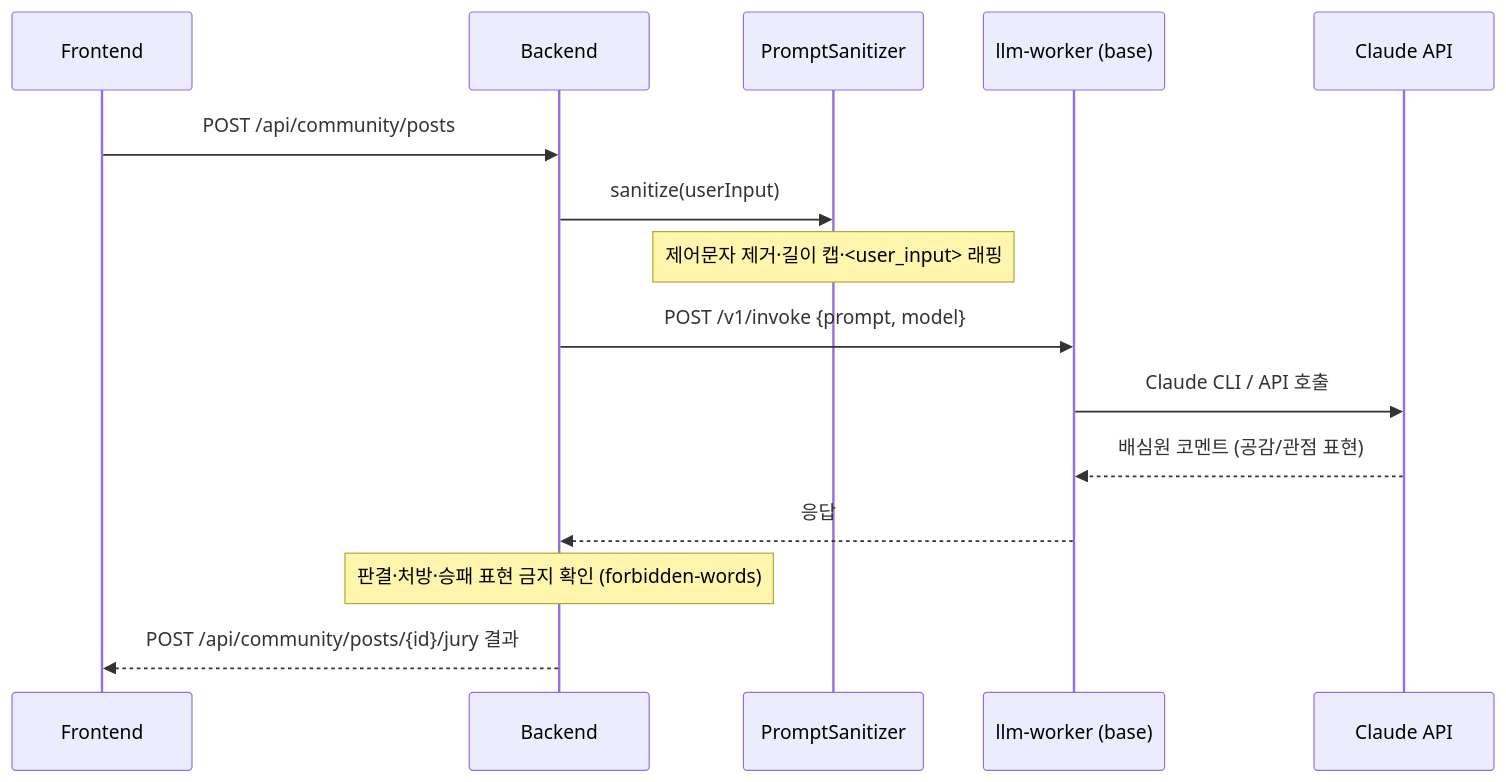
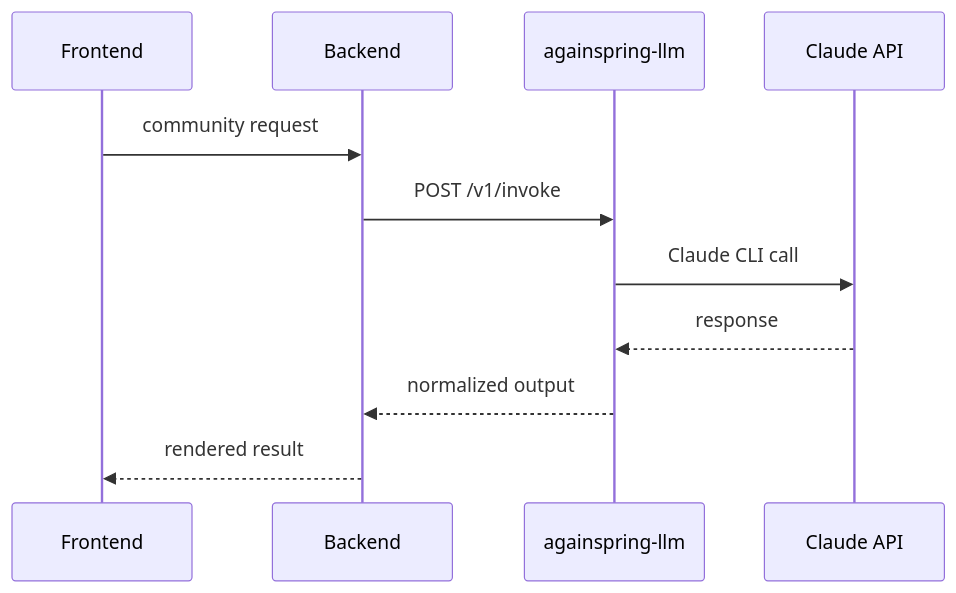
One commit to Justant-source/Again-Spring changed the third of 4 diagrams in docs/system.md. Above: the diagram before and after it, drawn with Mermaid. The commit also changed other lines of this file and 37 other files, not shown here.

````diff
--- a/docs/system.md
+++ b/docs/system.md
@@ -117,18 +131,14 @@
 ```mermaid
 sequenceDiagram
     participant FE as Frontend
     participant BE as Backend
-    participant PS as PromptSanitizer
-    participant LW as llm-worker (base)
+    participant LW as againspring-llm
     participant Claude as Claude API
 
-    FE->>BE: POST /api/community/posts
-    BE->>PS: sanitize(userInput)
-    Note over PS: 제어문자 제거·길이 캡·<user_input> 래핑
-    BE->>LW: POST /v1/invoke {prompt, model}
-    LW->>Claude: Claude CLI / API 호출
-    Claude-->>LW: 배심원 코멘트 (공감/관점 표현)
-    LW-->>BE: 응답
-    Note over BE: 판결·처방·승패 표현 금지 확인 (forbidden-words)
-    BE-->>FE: POST /api/community/posts/{id}/jury 결과
+    FE->>BE: community request
+    BE->>LW: POST /v1/invoke
+    LW->>Claude: Claude CLI call
+    Claude-->>LW: response
+    LW-->>BE: normalized output
+    BE-->>FE: rendered result
 ```
````
